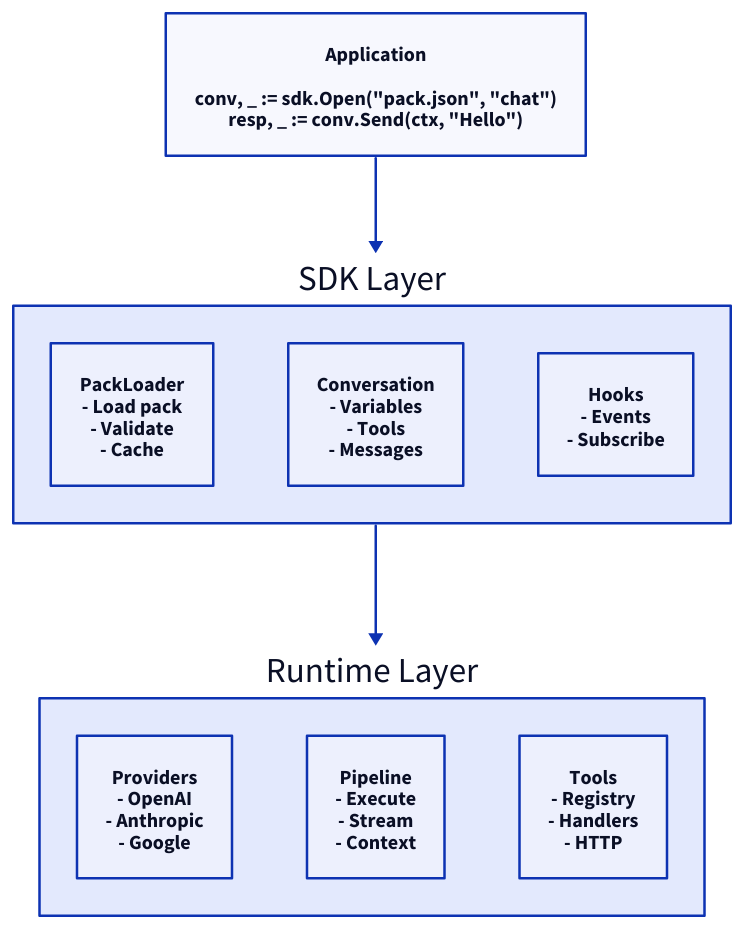
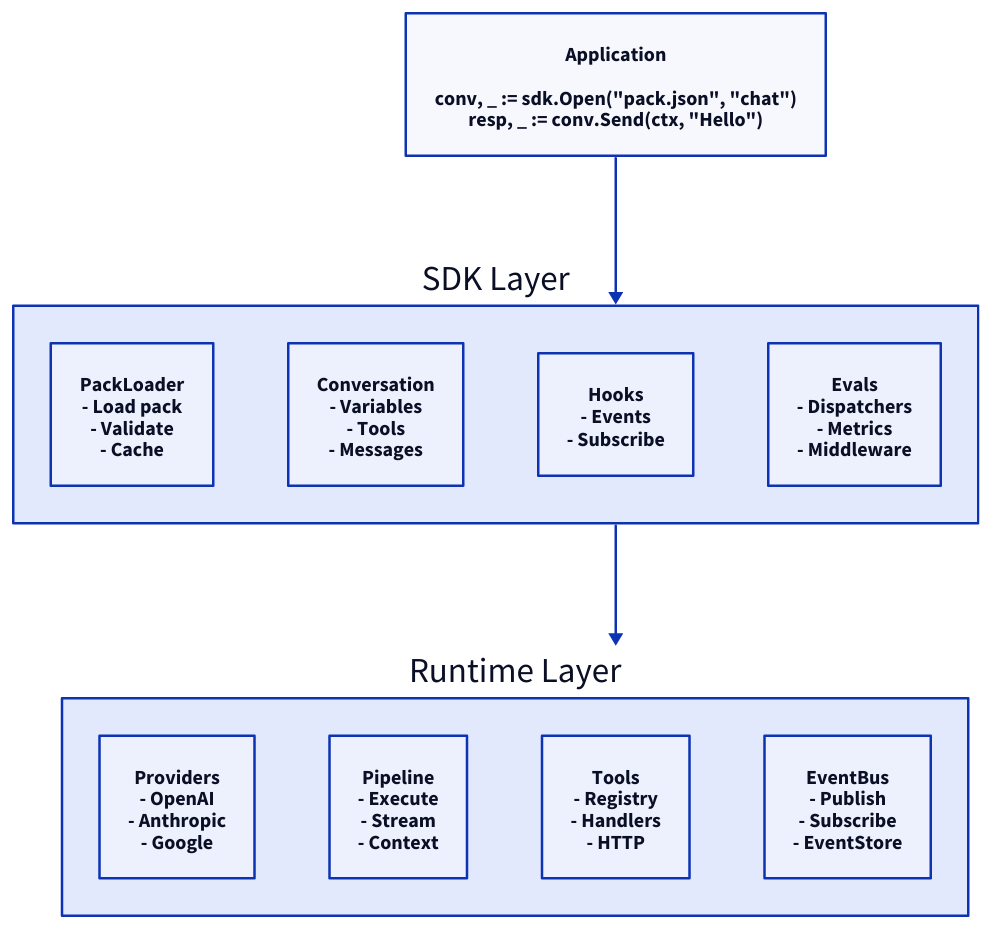
One commit to AltairaLabs/PromptKit changed the first of 3 diagrams in docs/src/content/docs/sdk/explanation/architecture.md. Above: the diagram before and after it, drawn with D2. The commit also changed other lines of this file and 8 other files, not shown here.

First line of the commit message:
docs: add event architecture, evals framework, and Excalidraw MCP

````diff
--- a/docs/src/content/docs/sdk/explanation/architecture.md
+++ b/docs/src/content/docs/sdk/explanation/architecture.md
@@ -18,33 +18,39 @@
 ```d2
 direction: down
 
 Application: {
   label: "Application\n\nconv, _ := sdk.Open(\"pack.json\", \"chat\")\nresp, _ := conv.Send(ctx, \"Hello\")"
 }
 
 SDK Layer: {
   PackLoader: {
     label: "PackLoader\n- Load pack\n- Validate\n- Cache"
   }
   Conversation: {
     label: "Conversation\n- Variables\n- Tools\n- Messages"
   }
   Hooks: {
     label: "Hooks\n- Events\n- Subscribe"
   }
+  Evals: {
+    label: "Evals\n- Dispatchers\n- Metrics\n- Middleware"
+  }
 }
 
 Runtime Layer: {
   Providers: {
     label: "Providers\n- OpenAI\n- Anthropic\n- Google"
   }
   Pipeline: {
     label: "Pipeline\n- Execute\n- Stream\n- Context"
   }
   Tools: {
     label: "Tools\n- Registry\n- Handlers\n- HTTP"
   }
+  EventBus: {
+    label: "EventBus\n- Publish\n- Subscribe\n- EventStore"
+  }
 }
 
 Application -> SDK Layer -> Runtime Layer
 ```
````
